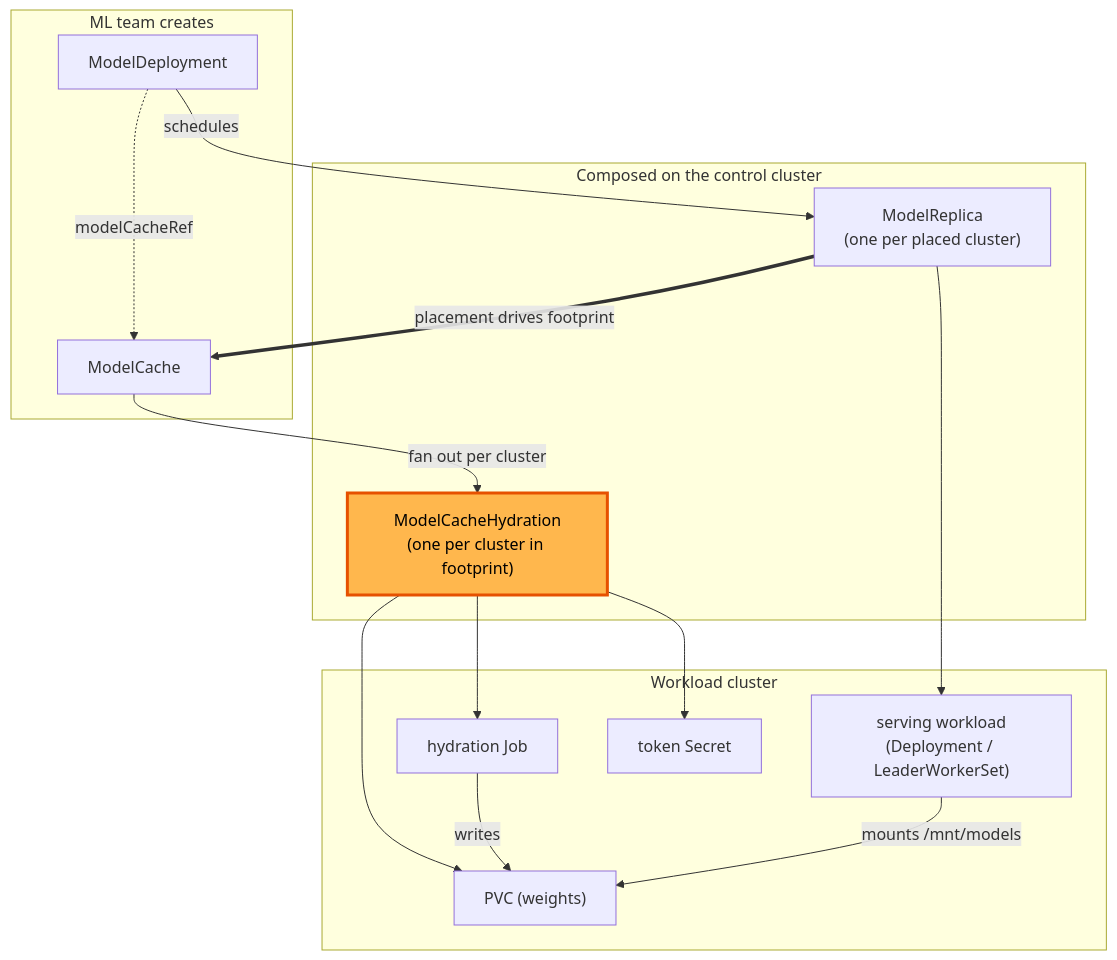
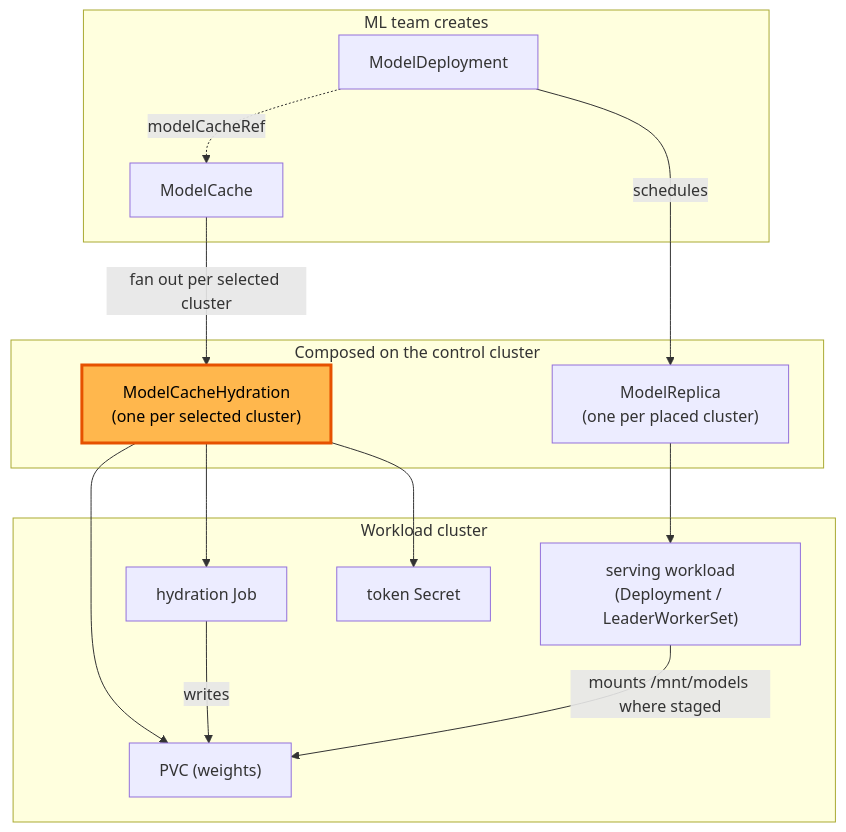
One commit to modelplaneai/modelplane changed the first of 2 diagrams in design/modelcache-hydration.md. Above: the diagram before and after it, drawn with Mermaid. The commit also changed other lines of this file, not shown here.

First line of the commit message:
Rework footprint to pre-warm-authoritative per review

````diff
--- a/design/modelcache-hydration.md
+++ b/design/modelcache-hydration.md
@@ -62,29 +63,28 @@
 ```mermaid
 flowchart TD
     subgraph ml["ML team creates"]
         MD["ModelDeployment"]
         MC["ModelCache"]
     end
     subgraph cp["Composed on the control cluster"]
         MR["ModelReplica\n(one per placed cluster)"]
-        MCH["ModelCacheHydration\n(one per cluster in footprint)"]
+        MCH["ModelCacheHydration\n(one per selected cluster)"]
     end
     subgraph wc["Workload cluster"]
         WL["serving workload\n(Deployment / LeaderWorkerSet)"]
         JOB["hydration Job"]
         SEC["token Secret"]
         PVC["PVC (weights)"]
     end
     MD -->|schedules| MR
-    MC -->|"fan out per cluster"| MCH
+    MC -->|"fan out per selected cluster"| MCH
     MD -. modelCacheRef .-> MC
-    MR == "placement drives footprint" ==> MC
     MR --> WL
     MCH --> JOB
     MCH --> SEC
     MCH --> PVC
     JOB -->|writes| PVC
-    WL -->|"mounts /mnt/models"| PVC
+    WL -->|"mounts /mnt/models where staged"| PVC
     classDef new fill:#ffb74d,stroke:#e65100,stroke-width:3px,color:#000;
     class MCH new
 ```
````
